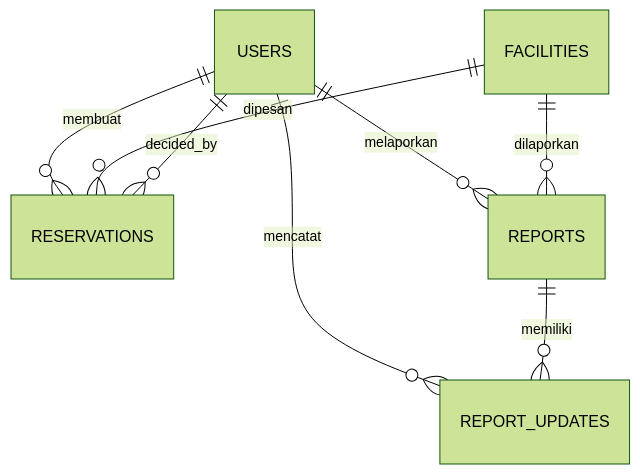
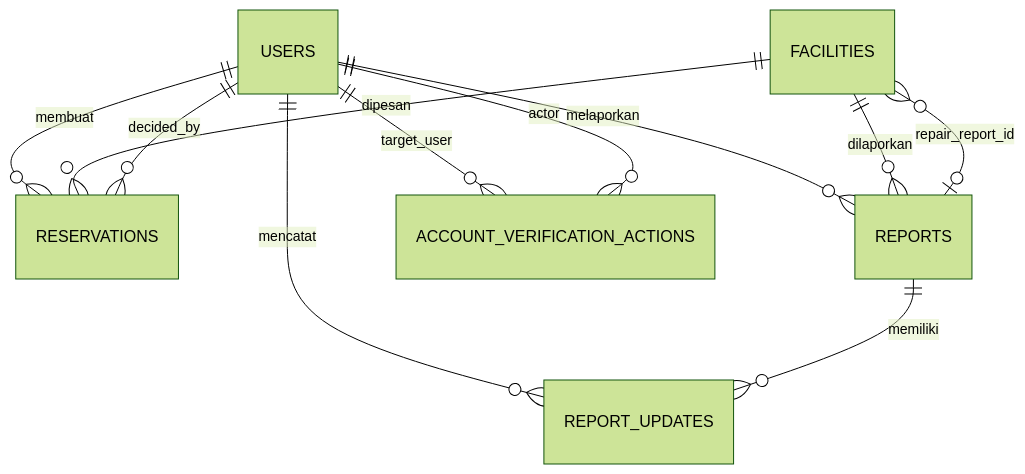
The first of 3 diagrams in docs/spesifikasi-sistem-reservasi.md (muhffikkri/room-reservation-system), drawn with Mermaid (forest theme) before and after one commit. The commit also changed other lines of this file, not shown here.

Commit message:
docs(spec): update schema and business rules

````diff
--- a/docs/spesifikasi-sistem-reservasi.md
+++ b/docs/spesifikasi-sistem-reservasi.md
@@ -228,10 +259,13 @@
 ```mermaid
 erDiagram
     USERS ||--o{ RESERVATIONS : membuat
     USERS ||--o{ REPORTS : melaporkan
     USERS ||--o{ REPORT_UPDATES : mencatat
     FACILITIES ||--o{ RESERVATIONS : dipesan
     FACILITIES ||--o{ REPORTS : dilaporkan
     REPORTS ||--o{ REPORT_UPDATES : memiliki
+    USERS ||--o{ ACCOUNT_VERIFICATION_ACTIONS : target_user
+    USERS ||--o{ ACCOUNT_VERIFICATION_ACTIONS : actor
+    FACILITIES }o--o| REPORTS : repair_report_id
     RESERVATIONS }o--|| USERS : decided_by
 ```
````
